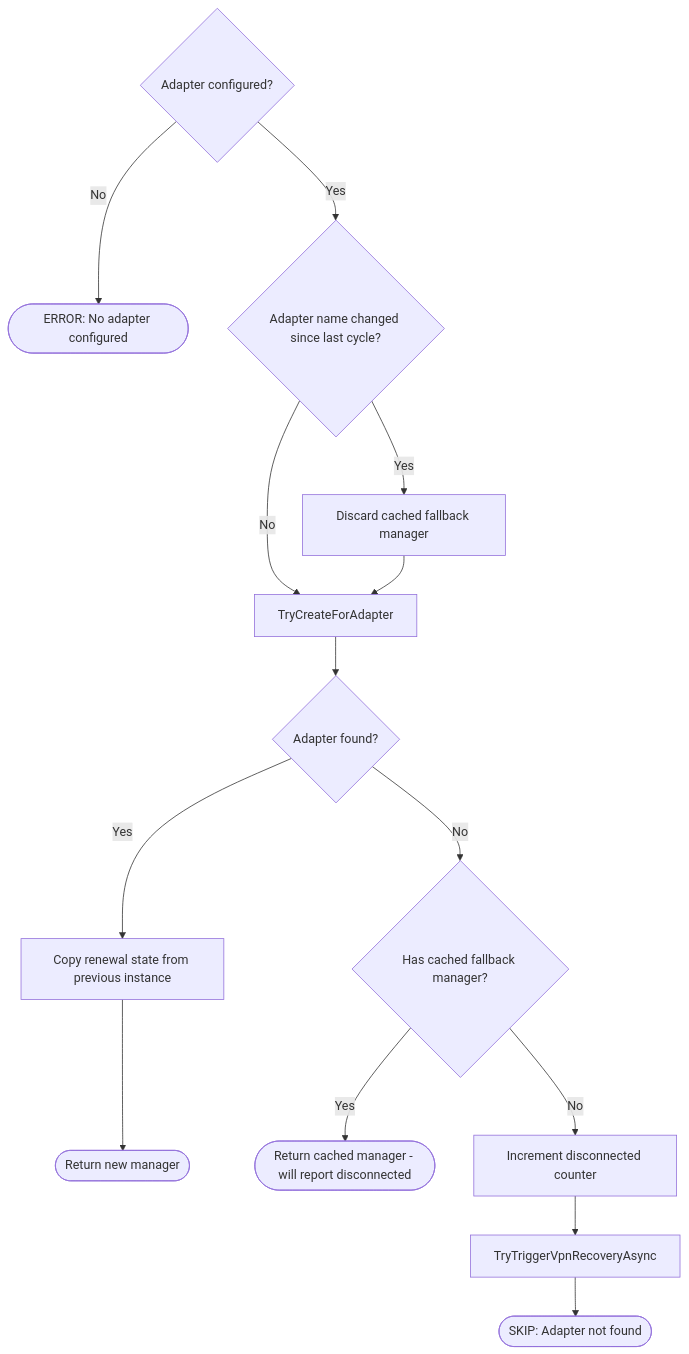
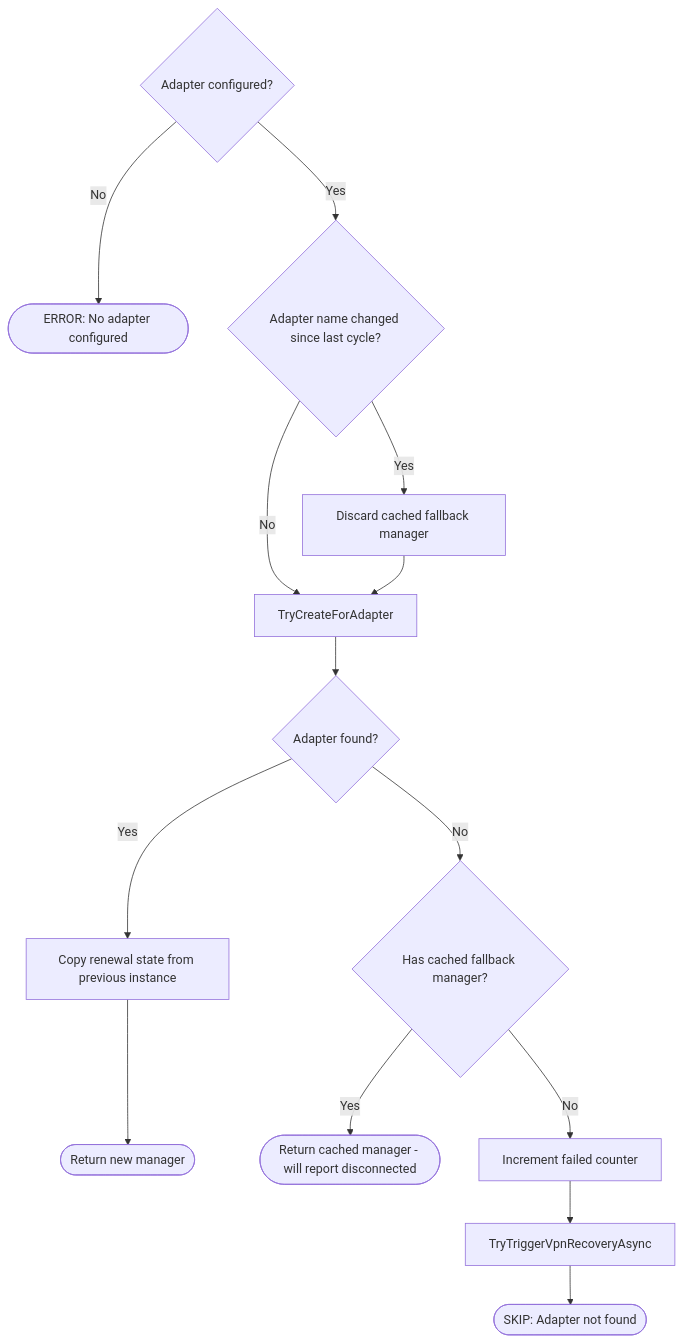
One commit to martsg666/qbPortWeaver changed the second of 2 diagrams in SYNC-CYCLE.md. Above: the diagram before and after it, drawn with Mermaid. The commit also changed other lines of this file and 13 other files, not shown here.

````diff
--- a/SYNC-CYCLE.md
+++ b/SYNC-CYCLE.md
@@ -76,16 +74,16 @@
 ```mermaid
 flowchart TD
     A{Adapter configured?} -- No --> ERR([ERROR: No adapter configured])
     A -- Yes --> B{Adapter name changed since last cycle?}
     B -- Yes --> DISCARD[Discard cached fallback manager]
     B -- No --> C
     DISCARD --> C[TryCreateForAdapter]
     C --> D{Adapter found?}
     D -- Yes --> COPY[Copy renewal state from previous instance]
     COPY --> RETURN([Return new manager])
     D -- No --> E{Has cached fallback manager?}
     E -- Yes --> FALLBACK([Return cached manager - will report disconnected])
-    E -- No --> F[Increment disconnected counter]
+    E -- No --> F[Increment failed counter]
     F --> G[TryTriggerVpnRecoveryAsync]
     G --> SKIP_STATUS([SKIP: Adapter not found])
 ```
````
